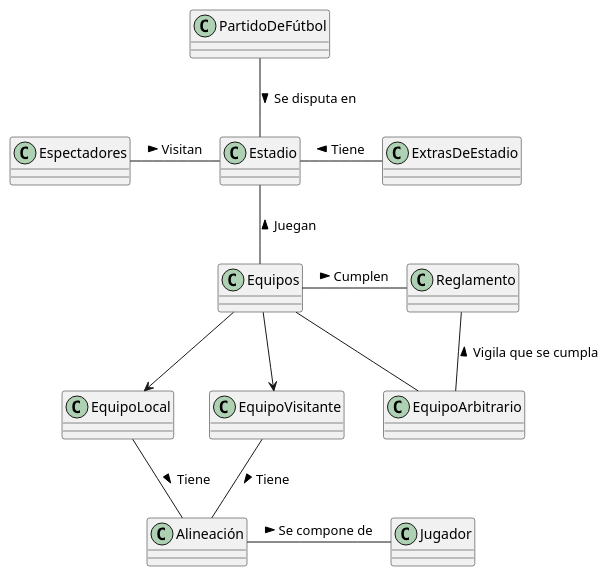
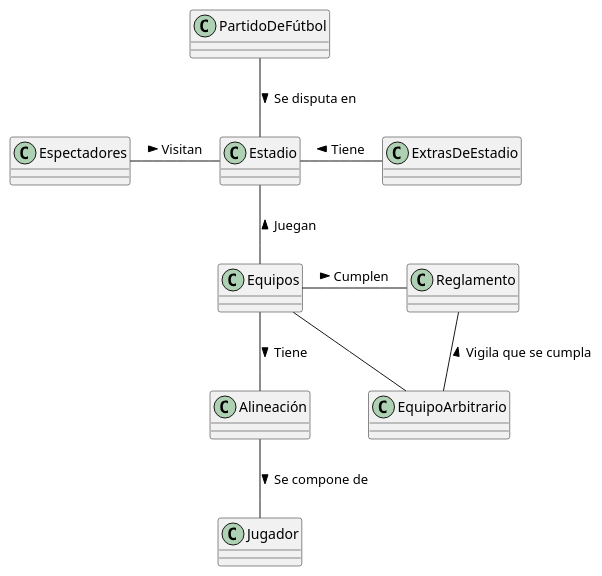
One commit to mmasias/IdSw1-22-23 changed the diagram in actividades/001-futbol/fernandezDaniel/clases.puml. Above: the diagram before and after it, drawn with PlantUML.

```diff
--- a/actividades/001-futbol/fernandezDaniel/clases.puml
+++ b/actividades/001-futbol/fernandezDaniel/clases.puml
@@ -1,19 +1,15 @@
 @startuml Clases
 PartidoDeFútbol -d- Estadio : Se disputa en >
 
 Estadio -l- Espectadores : Visitan <
 Estadio -r- ExtrasDeEstadio : Tiene <
 Estadio -d- Equipos : Juegan <
 
 Equipos -r- Reglamento : Cumplen >
 
-Equipos --> EquipoLocal
-Equipos --> EquipoVisitante
-
-EquipoLocal -d- Alineación : Tiene >
-EquipoVisitante -d- Alineación : Tiene >
-Alineación -r- Jugador : Se compone de >
+Equipos -d- Alineación : Tiene >
+Alineación -d- Jugador : Se compone de >
 Equipos -- EquipoArbitrario
 
 Reglamento -d- EquipoArbitrario : Vigila que se cumpla <
 @enduml
```
